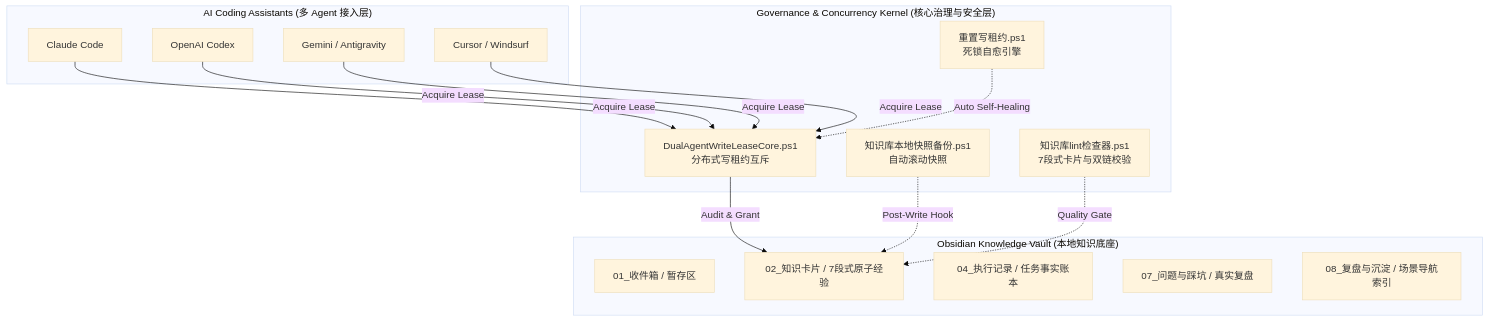
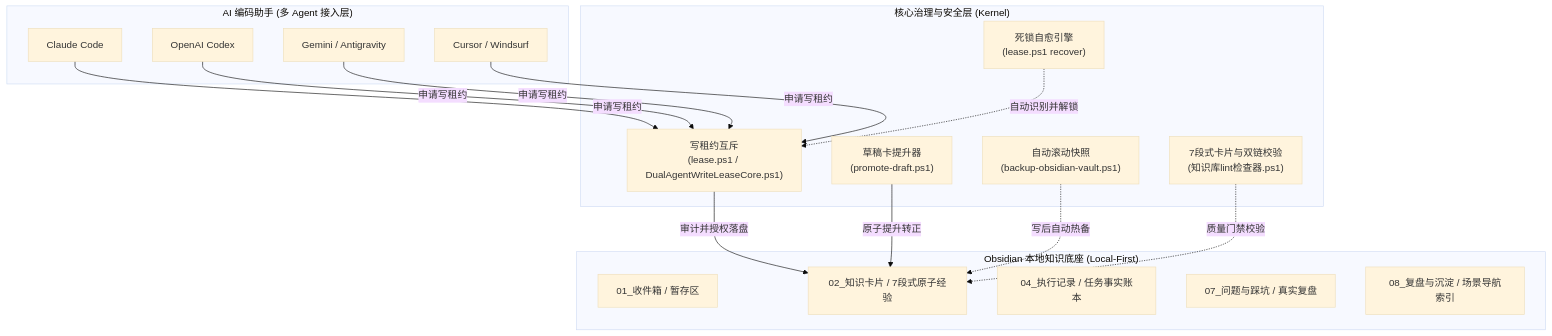
One commit to a2578348864a-sys/Agent-Memory-OS changed the diagram in README_CN.md. Above: the diagram before and after it, drawn with Mermaid (base theme). The commit also changed other lines of this file and 16 other files, not shown here.

Commit message:
fix: close fresh-clone and write-lease P0 gaps

````diff
--- a/README_CN.md
+++ b/README_CN.md
@@ -47,34 +54,36 @@
 ```mermaid
 graph TD
-    subgraph "AI Coding Assistants (多 Agent 接入层)"
-        Claude[Claude Code]
-        Codex[OpenAI Codex]
-        Gemini[Gemini / Antigravity]
-        Cursor[Cursor / Windsurf]
+    subgraph Clients["AI 编码助手 (多 Agent 接入层)"]
+        Claude["Claude Code"]
+        Codex["OpenAI Codex"]
+        Gemini["Gemini / Antigravity"]
+        Cursor["Cursor / Windsurf"]
     end
 
-    subgraph "Governance & Concurrency Kernel (核心治理与安全层)"
-        Lease[DualAgentWriteLeaseCore.ps1<br>分布式写租约互斥]
-        Reset[重置写租约.ps1<br>死锁自愈引擎]
-        Backup[知识库本地快照备份.ps1<br>自动滚动快照]
-        Lint[知识库lint检查器.ps1<br>7段式卡片与双链校验]
+    subgraph Kernel["核心治理与安全层 (Kernel)"]
+        Lease["写租约互斥<br>(lease.ps1 / DualAgentWriteLeaseCore.ps1)"]
+        Reset["死锁自愈引擎<br>(lease.ps1 recover)"]
+        Promote["草稿卡提升器<br>(promote-draft.ps1)"]
+        Backup["自动滚动快照<br>(backup-obsidian-vault.ps1)"]
+        Lint["7段式卡片与双链校验<br>(知识库lint检查器.ps1)"]
     end
 
-    subgraph "Obsidian Knowledge Vault (本地知识底座)"
+    subgraph Vault["Obsidian 本地知识底座 (Local-First)"]
         Inbox["01_收件箱 / 暂存区"]
         Cards["02_知识卡片 / 7段式原子经验"]
         Exec["04_执行记录 / 任务事实账本"]
-        Pitfall["07_问题与踩坑 / 真实复盘"]
+        Pitfalls["07_问题与踩坑 / 真实复盘"]
         Index["08_复盘与沉淀 / 场景导航索引"]
     end
 
-    Claude -->|Acquire Lease| Lease
-    Codex -->|Acquire Lease| Lease
-    Gemini -->|Acquire Lease| Lease
-    Cursor -->|Acquire Lease| Lease
+    Claude -->|申请写租约| Lease
+    Codex -->|申请写租约| Lease
+    Gemini -->|申请写租约| Lease
+    Cursor -->|申请写租约| Lease
 
-    Lease -->|Audit & Grant| Cards
-    Reset -.->|Auto Self-Healing| Lease
-    Backup -.->|Post-Write Hook| Cards
-    Lint -.->|Quality Gate| Cards
+    Lease -->|审计并授权落盘| Cards
+    Reset -.->|自动识别并解锁| Lease
+    Promote -->|原子提升转正| Cards
+    Backup -.->|写后自动热备| Cards
+    Lint -.->|质量门禁校验| Cards
 ```
````
